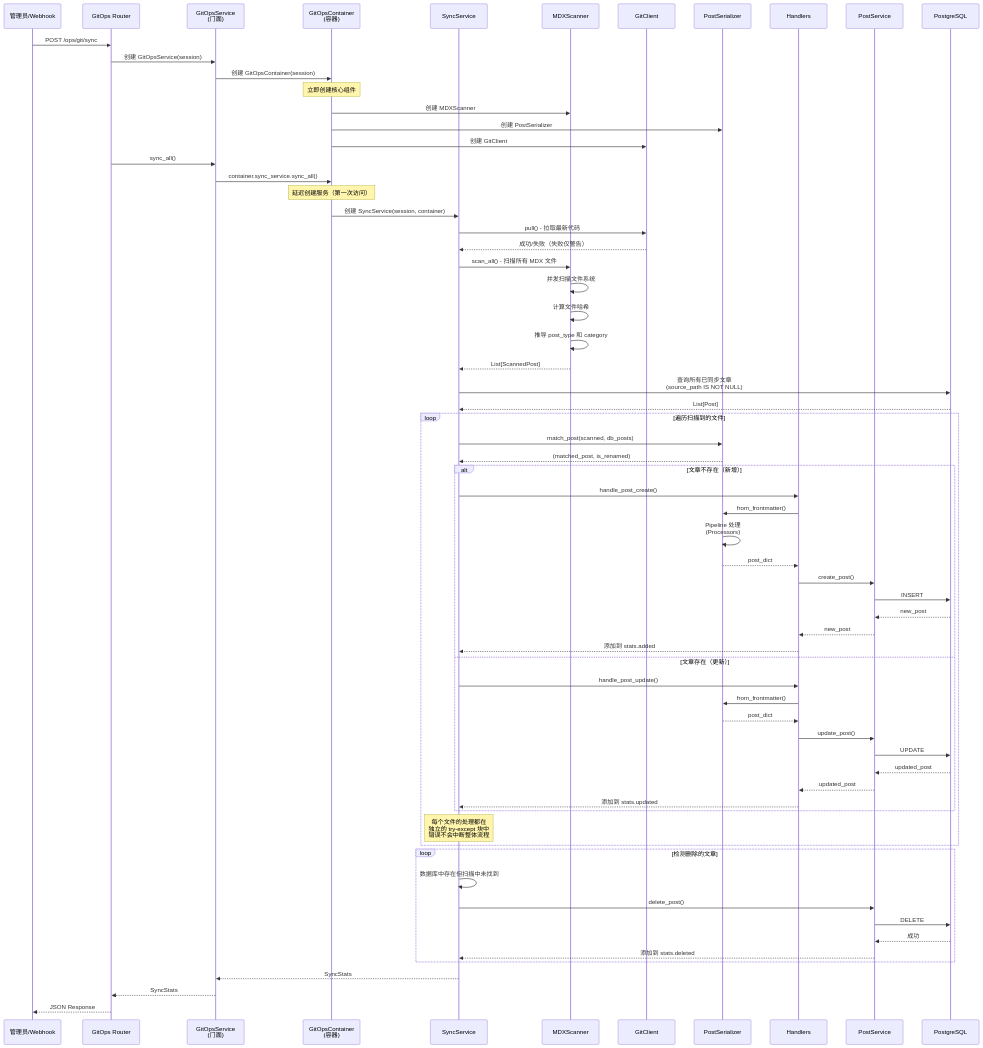
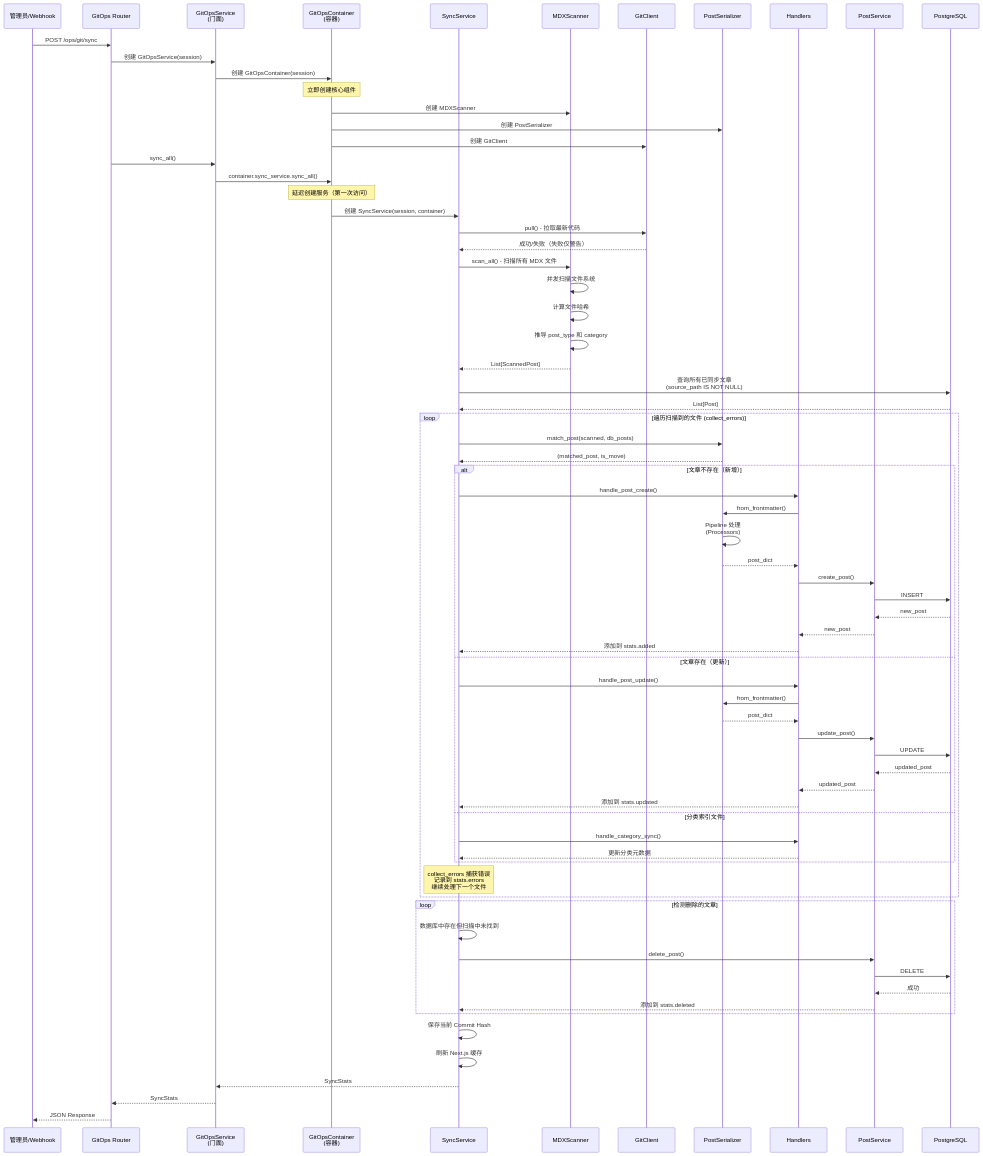
The first of 4 diagrams in backend/app/git_ops/SYNC_FLOW_WITH_DI.md (sumanin5/blog_fr), drawn with Mermaid before and after one commit. The commit also changed other lines of this file and 56 other files, not shown here.

```diff
--- a/backend/app/git_ops/SYNC_FLOW_WITH_DI.md
+++ b/backend/app/git_ops/SYNC_FLOW_WITH_DI.md
@@ -47,9 +47,9 @@
     SyncSvc->>DB: 查询所有已同步文章<br/>(source_path IS NOT NULL)
     DB-->>SyncSvc: List[Post]
 
-    loop 遍历扫描到的文件
+    loop 遍历扫描到的文件 (collect_errors)
         SyncSvc->>Serializer: match_post(scanned, db_posts)
-        Serializer-->>SyncSvc: (matched_post, is_renamed)
+        Serializer-->>SyncSvc: (matched_post, is_move)
 
         alt 文章不存在（新增）
             SyncSvc->>Handler: handle_post_create()
@@ -70,9 +70,12 @@
             DB-->>PostSvc: updated_post
             PostSvc-->>Handler: updated_post
             Handler-->>SyncSvc: 添加到 stats.updated
+        else 分类索引文件
+            SyncSvc->>Handler: handle_category_sync()
+            Handler-->>SyncSvc: 更新分类元数据
         end
 
-        Note over SyncSvc: 每个文件的处理都在<br/>独立的 try-except 块中<br/>错误不会中断整体流程
+        Note over SyncSvc: collect_errors 捕获错误<br/>记录到 stats.errors<br/>继续处理下一个文件
     end
 
     loop 检测删除的文章
@@ -83,6 +86,8 @@
         PostSvc-->>SyncSvc: 添加到 stats.deleted
     end
 
+    SyncSvc->>SyncSvc: 保存当前 Commit Hash
+    SyncSvc->>SyncSvc: 刷新 Next.js 缓存
     SyncSvc-->>Facade: SyncStats
     Facade-->>Router: SyncStats
     Router-->>User: JSON Response
```
